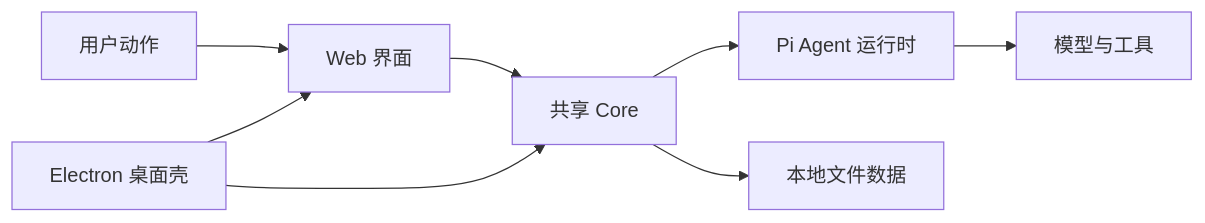
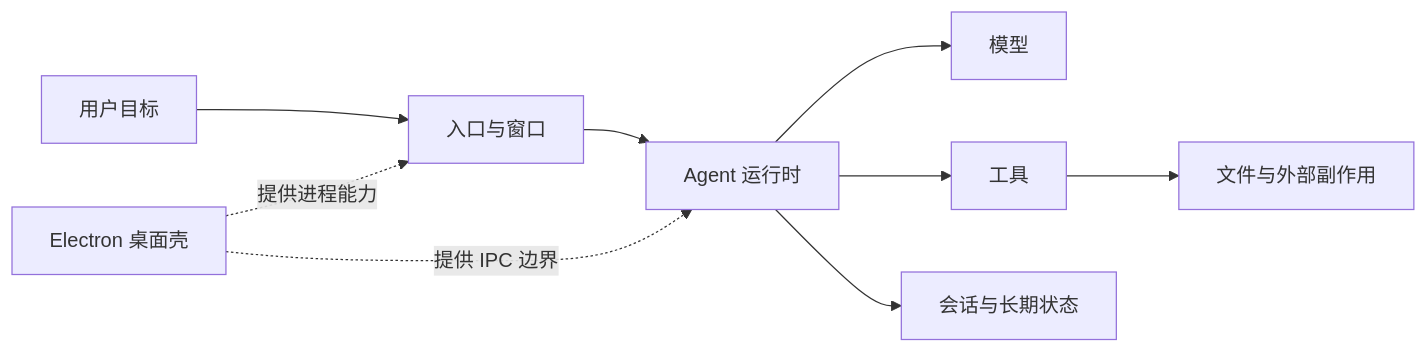
The diagram in learning-note/full-project-course-v2/textbook/part-a-system-foundation/A01-originos-product-and-boundaries.md (LavaCourage07/startupOS), drawn with Mermaid before and after one commit. The commit also changed other lines of this file and 560 other files, not shown here.

````diff
--- a/learning-note/full-project-course-v2/textbook/part-a-system-foundation/A01-originos-product-and-boundaries.md
+++ b/learning-note/full-project-course-v2/textbook/part-a-system-foundation/A01-originos-product-and-boundaries.md
@@ -27,10 +29,11 @@
 ```mermaid
 flowchart LR
-    U[用户动作] --> W[Web 界面]
-    W --> C[共享 Core]
-    C --> R[Pi Agent 运行时]
-    R --> M[模型与工具]
-    C --> F[本地文件数据]
-    D[Electron 桌面壳] --> W
-    D --> C
+    U[用户目标] --> E[入口与窗口]
+    E --> A[Agent 运行时]
+    A --> M[模型]
+    A --> T[工具]
+    T --> F[文件与外部副作用]
+    A --> S[会话与长期状态]
+    D[Electron 桌面壳] -.提供进程能力.-> E
+    D -.提供 IPC 边界.-> A
 ```
````
